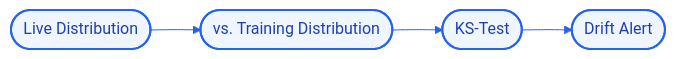
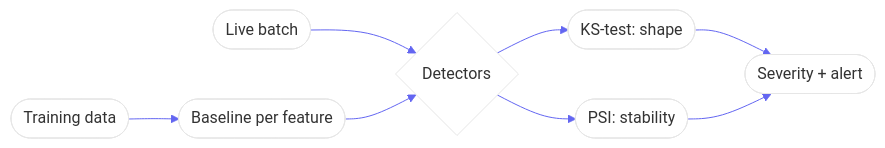
Before and after one commit to Kimosabey/driftwatch-pro: the diagram in docs/ARCHITECTURE.md, drawn with Mermaid. The commit also changed other lines of this file and 3 other files, not shown here.

Commit message:
docs: flesh out architecture, getting-started, failure-scenarios, and interview Q&A with real content

````diff
--- a/docs/ARCHITECTURE.md
+++ b/docs/ARCHITECTURE.md
@@ -6,15 +8,11 @@
 ```mermaid
-%%{init: {'theme':'base','themeVariables':{'primaryColor':'#ffffff','lineColor':'#2563eb','mainBkg':'#ffffff'}}}%%
+%%{init: {'theme':'base','themeVariables':{'primaryColor':'#ffffff','lineColor':'#6366F1','mainBkg':'#ffffff'}}}%%
 graph LR
-    A([Live Distribution])
-    B([vs. Training Distribution])
-    C([KS-Test])
-    D([Drift Alert])
-    A --> B
-    B --> C
-    C --> D
-    style A fill:#eff6ff,stroke:#2563eb,stroke-width:2px,color:#1e40af
-    style B fill:#eff6ff,stroke:#2563eb,stroke-width:2px,color:#1e40af
-    style C fill:#eff6ff,stroke:#2563eb,stroke-width:2px,color:#1e40af
-    style D fill:#eff6ff,stroke:#2563eb,stroke-width:2px,color:#1e40af
+    A([Training data]) --> B([Baseline per feature])
+    C([Live batch]) --> D{Detectors}
+    B --> D
+    D --> E([KS-test: shape])
+    D --> F([PSI: stability])
+    E --> G([Severity + alert])
+    F --> G
 ```
````
